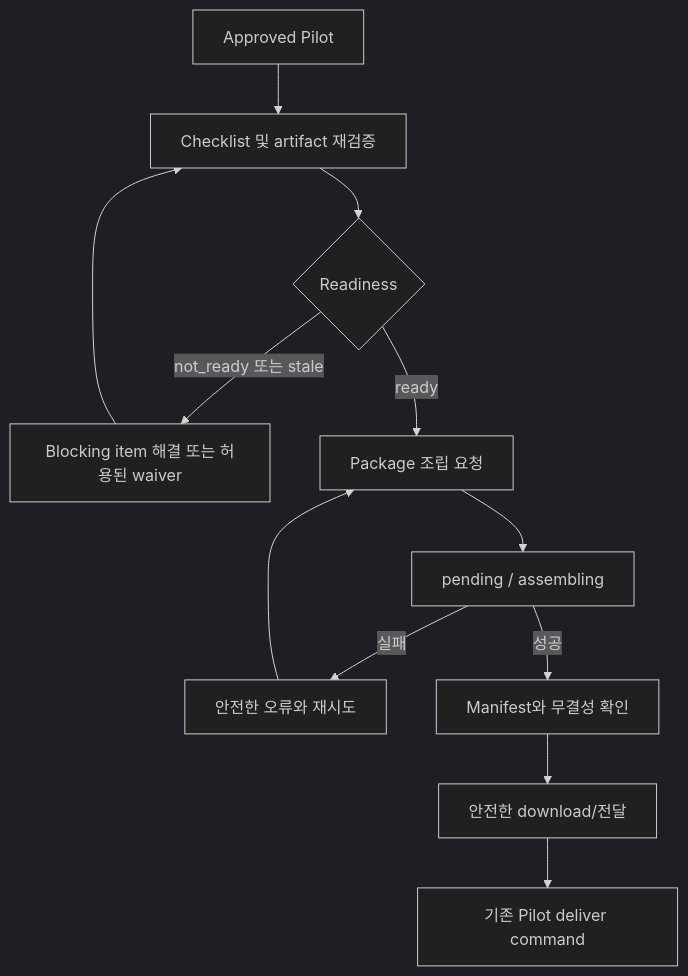
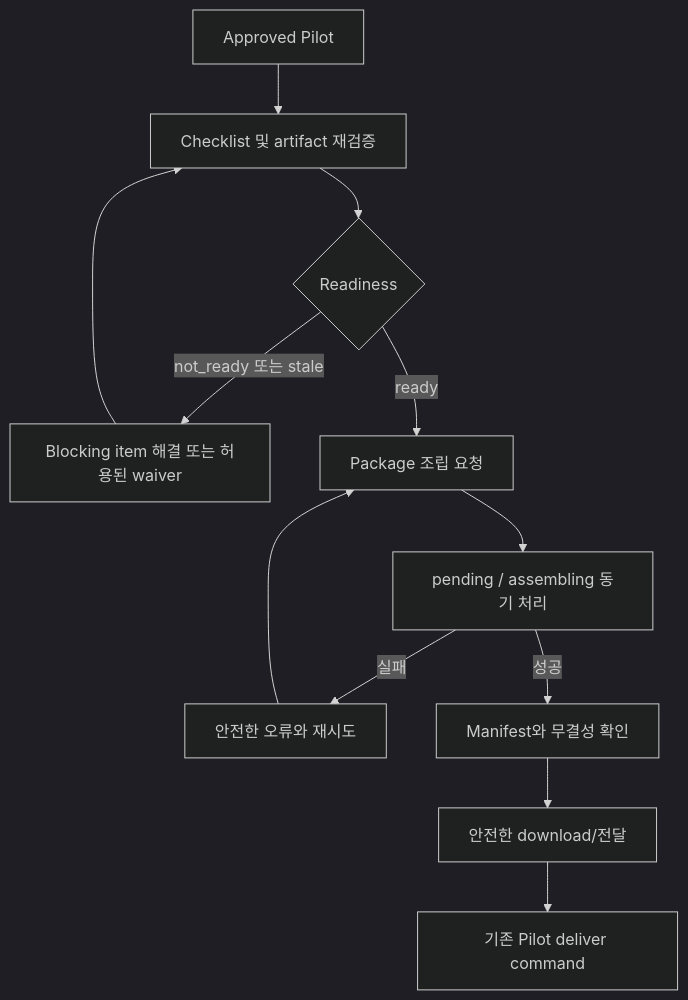
Before and after one commit to happitatlabs/AI_Project: the diagram in core/mellow_link/docs/delivery-package-operator-ux.md, drawn with Mermaid (dark theme). The commit also changed other lines of this file and 7 other files, not shown here.

````diff
--- a/core/mellow_link/docs/delivery-package-operator-ux.md
+++ b/core/mellow_link/docs/delivery-package-operator-ux.md
@@ -9,14 +9,14 @@
 ```mermaid
 flowchart TD
     A[Approved Pilot] --> B[Checklist 및 artifact 재검증]
     B --> C{Readiness}
     C -->|not_ready 또는 stale| D[Blocking item 해결 또는 허용된 waiver]
     D --> B
     C -->|ready| E[Package 조립 요청]
-    E --> F[pending / assembling]
+    E --> F[pending / assembling 동기 처리]
     F -->|실패| G[안전한 오류와 재시도]
     G --> E
     F -->|성공| H[Manifest와 무결성 확인]
     H --> I[안전한 download/전달]
     I --> J[기존 Pilot deliver command]
 ```
````
